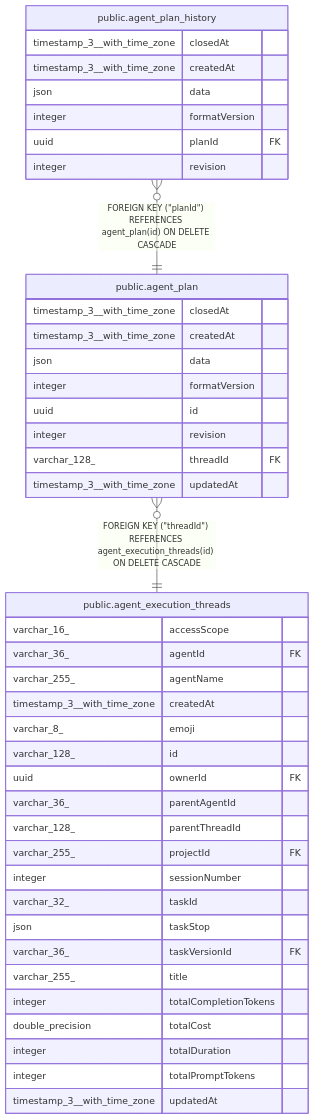
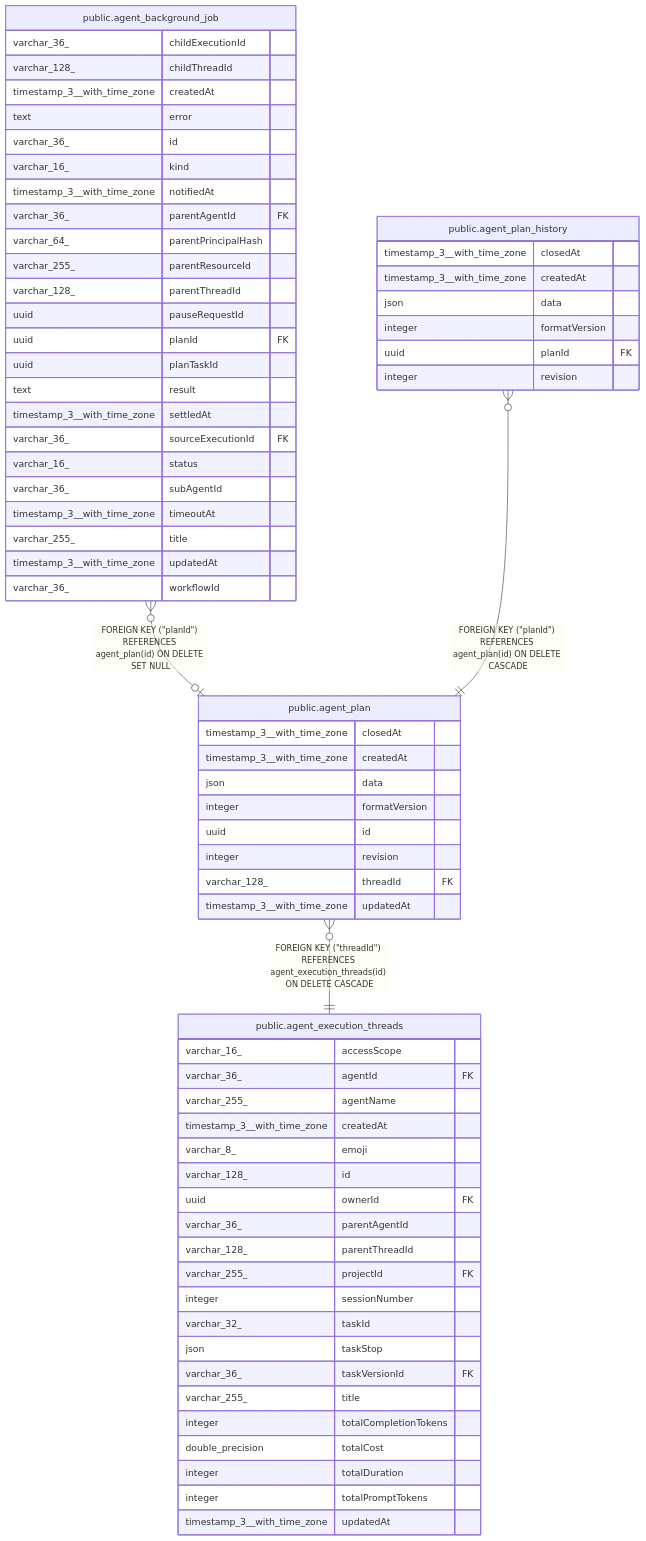
Before and after one commit to Dhananjayrbiraris/n8n: the diagram in docs/generated/postgres-schema/public.agent_plan.md, drawn with Mermaid. The commit also changed other lines of this file and 41 other files, not shown here.

````diff
--- a/docs/generated/postgres-schema/public.agent_plan.md
+++ b/docs/generated/postgres-schema/public.agent_plan.md
@@ -42,47 +42,73 @@
 ```mermaid
 erDiagram
 
+"public.agent_background_job" }o--o| "public.agent_plan" : "FOREIGN KEY (#quot;planId#quot;) REFERENCES agent_plan(id) ON DELETE SET NULL"
 "public.agent_plan_history" }o--|| "public.agent_plan" : "FOREIGN KEY (#quot;planId#quot;) REFERENCES agent_plan(id) ON DELETE CASCADE"
 "public.agent_plan" }o--|| "public.agent_execution_threads" : "FOREIGN KEY (#quot;threadId#quot;) REFERENCES agent_execution_threads(id) ON DELETE CASCADE"
 
 "public.agent_plan" {
   timestamp_3__with_time_zone closedAt
   timestamp_3__with_time_zone createdAt
   json data
   integer formatVersion
   uuid id
   integer revision
   varchar_128_ threadId FK
   timestamp_3__with_time_zone updatedAt
+}
+"public.agent_background_job" {
+  varchar_36_ childExecutionId
+  varchar_128_ childThreadId
+  timestamp_3__with_time_zone createdAt
+  text error
+  varchar_36_ id
+  varchar_16_ kind
+  timestamp_3__with_time_zone notifiedAt
+  varchar_36_ parentAgentId FK
+  varchar_64_ parentPrincipalHash
+  varchar_255_ parentResourceId
+  varchar_128_ parentThreadId
+  uuid pauseRequestId
+  uuid planId FK
+  uuid planTaskId
+  text result
+  timestamp_3__with_time_zone settledAt
+  varchar_36_ sourceExecutionId FK
+  varchar_16_ status
+  varchar_36_ subAgentId
+  timestamp_3__with_time_zone timeoutAt
+  varchar_255_ title
+  timestamp_3__with_time_zone updatedAt
+  varchar_36_ workflowId
 }
 "public.agent_plan_history" {
   timestamp_3__with_time_zone closedAt
   timestamp_3__with_time_zone createdAt
   json data
   integer formatVersion
   uuid planId FK
   integer revision
 }
 "public.agent_execution_threads" {
   varchar_16_ accessScope
   varchar_36_ agentId FK
   varchar_255_ agentName
   timestamp_3__with_time_zone createdAt
   varchar_8_ emoji
   varchar_128_ id
   uuid ownerId FK
   varchar_36_ parentAgentId
   varchar_128_ parentThreadId
   varchar_255_ projectId FK
   integer sessionNumber
   varchar_32_ taskId
   json taskStop
   varchar_36_ taskVersionId FK
   varchar_255_ title
   integer totalCompletionTokens
   double_precision totalCost
   integer totalDuration
   integer totalPromptTokens
   timestamp_3__with_time_zone updatedAt
 }
 ```
````
